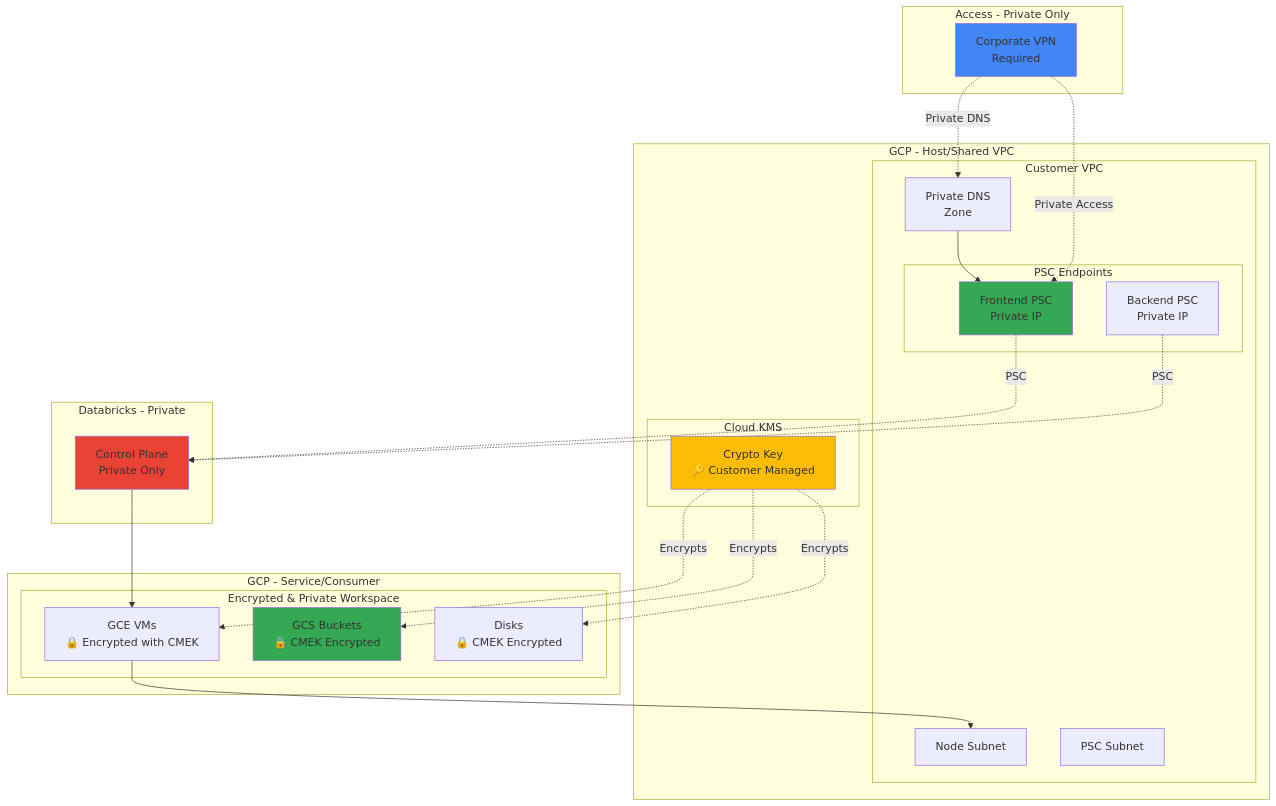
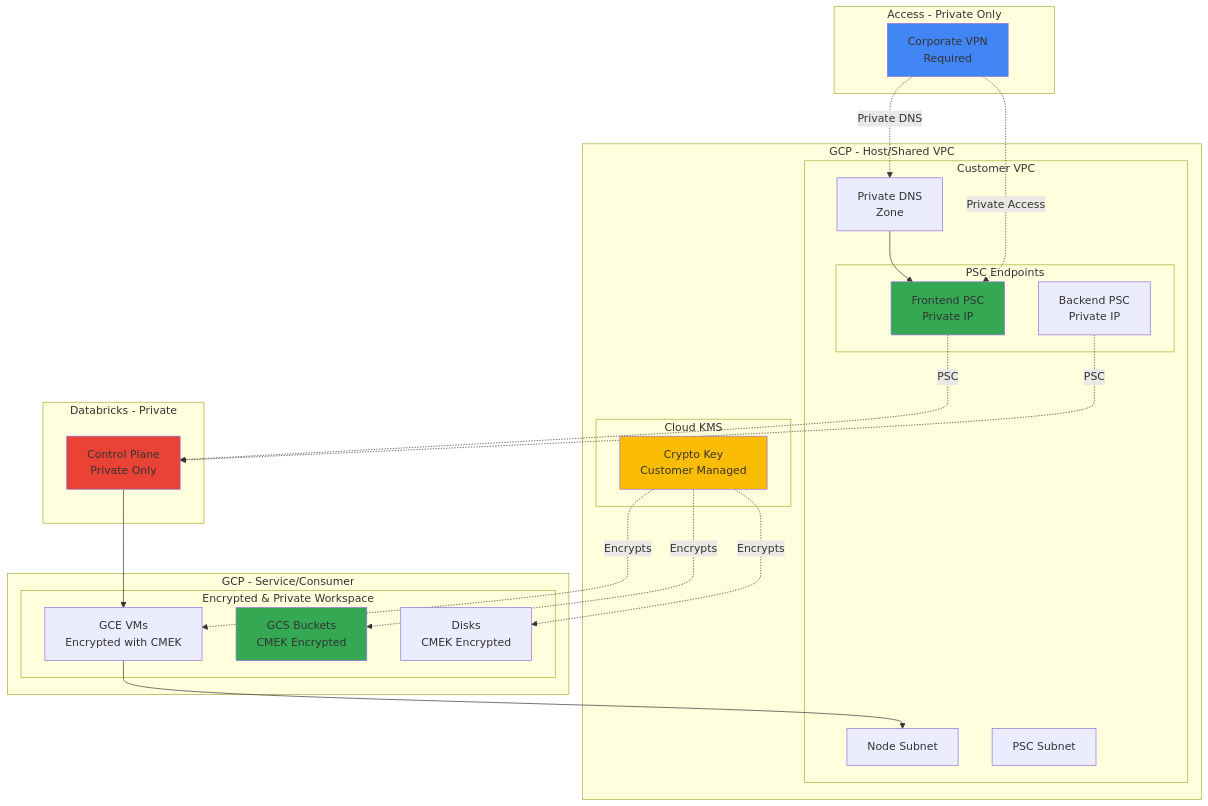
Before and after one commit to bhavink/databricks: the seventh of 15 diagrams in gcpdb4u/templates/terraform-scripts/readme.md, drawn with Mermaid. The commit also changed other lines of this file and 81 other files, not shown here.

````diff
--- a/gcpdb4u/templates/terraform-scripts/readme.md
+++ b/gcpdb4u/templates/terraform-scripts/readme.md
@@ -391,55 +391,55 @@
 ```mermaid
 graph TB
     subgraph "GCP - Host/Shared VPC"
         subgraph "Customer VPC"
             NODE_SUB[Node Subnet]
             PSC_SUB[PSC Subnet]
 
             subgraph "PSC Endpoints"
                 FE_EP[Frontend PSC<br/>Private IP]
                 BE_EP[Backend PSC<br/>Private IP]
             end
 
             DNS[Private DNS<br/>Zone]
         end
 
         subgraph "Cloud KMS"
-            KEY[Crypto Key<br/>🔑 Customer Managed]
+            KEY[Crypto Key<br/> Customer Managed]
         end
     end
 
     subgraph "GCP - Service/Consumer"
         subgraph "Encrypted & Private Workspace"
-            GCE[GCE VMs<br/>🔒 Encrypted with CMEK]
-            GCS[GCS Buckets<br/>🔒 CMEK Encrypted]
-            DISK[Disks<br/>🔒 CMEK Encrypted]
+            GCE[GCE VMs<br/> Encrypted with CMEK]
+            GCS[GCS Buckets<br/> CMEK Encrypted]
+            DISK[Disks<br/> CMEK Encrypted]
         end
     end
 
     subgraph "Databricks - Private"
         CONTROL[Control Plane<br/>Private Only]
     end
 
     subgraph "Access - Private Only"
         VPN[Corporate VPN<br/>Required]
     end
 
     KEY -.Encrypts.-> GCS
     KEY -.Encrypts.-> DISK
     KEY -.Encrypts.-> GCE
 
     FE_EP -.PSC.-> CONTROL
     BE_EP -.PSC.-> CONTROL
     CONTROL --> GCE
     GCE --> NODE_SUB
 
     DNS --> FE_EP
     VPN -.Private DNS.-> DNS
     VPN -.Private Access.-> FE_EP
 
     style KEY fill:#FBBC04
     style CONTROL fill:#EA4335
     style FE_EP fill:#34A853
     style VPN fill:#4285F4
     style GCS fill:#34A853
 ```
````
